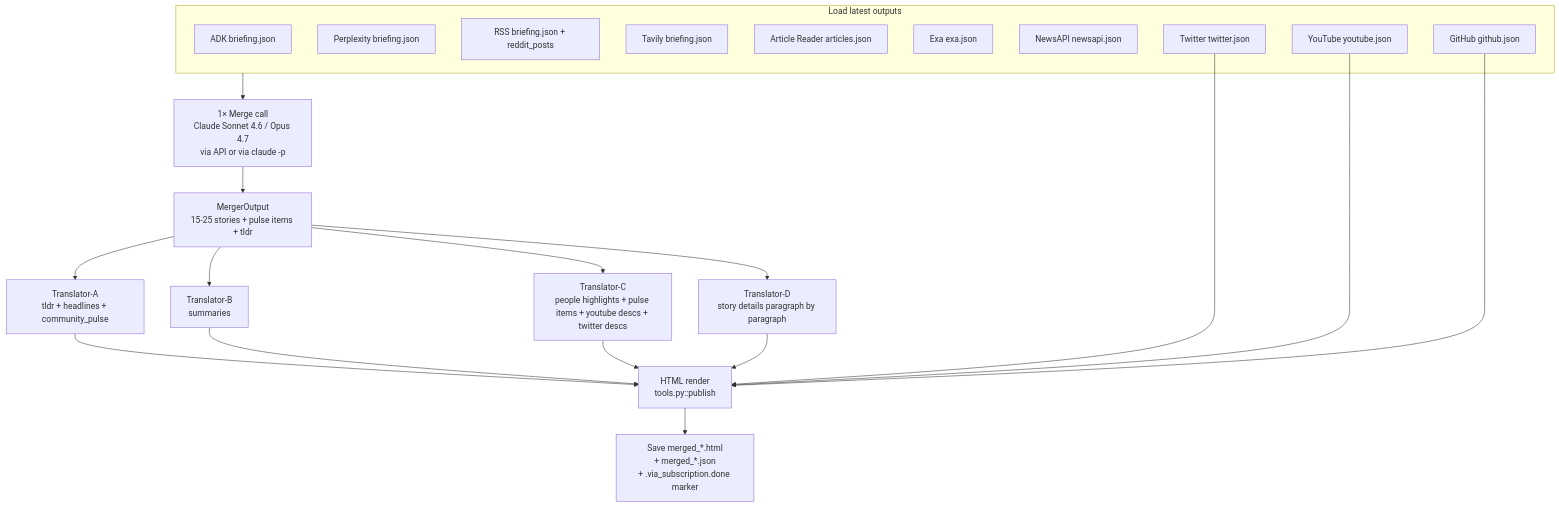
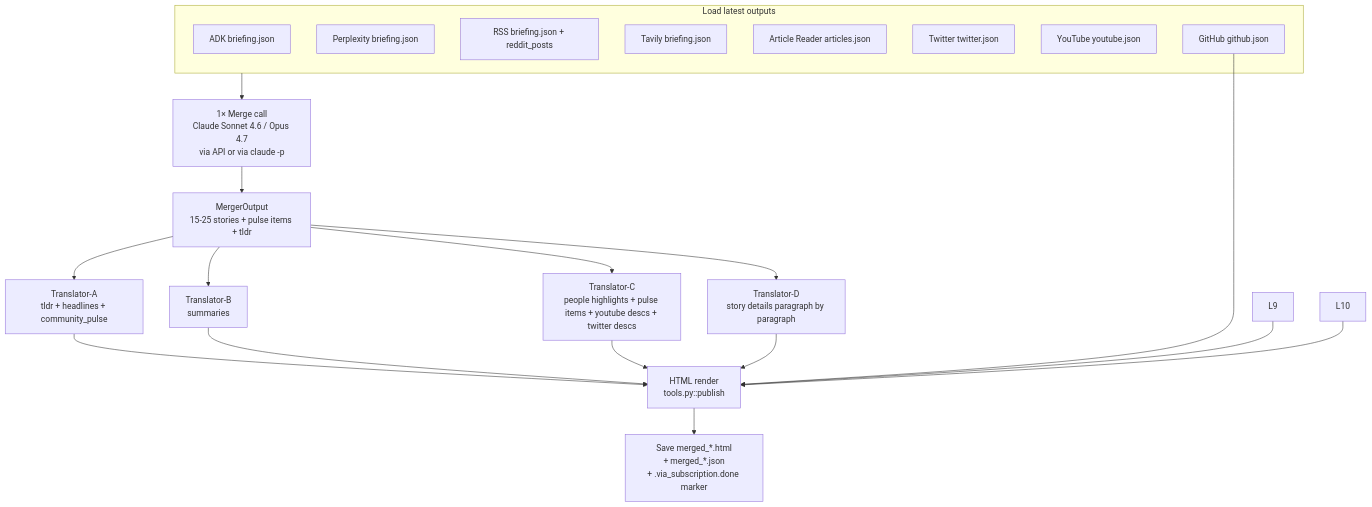
The diagram in docs/learn/15-merger.md (kobyal/ai-news-briefing), drawn with Mermaid before and after one commit. The commit also changed other lines of this file and 11 other files, not shown here.

````diff
--- a/docs/learn/15-merger.md
+++ b/docs/learn/15-merger.md
@@ -23,34 +23,32 @@
 ```mermaid
 flowchart TB
     subgraph load["Load latest outputs"]
         L1[ADK briefing.json]
         L2[Perplexity briefing.json]
         L3[RSS briefing.json + reddit_posts]
         L4[Tavily briefing.json]
         L5[Article Reader articles.json]
-        L6[Exa exa.json]
-        L7[NewsAPI newsapi.json]
-        L8[Twitter twitter.json]
-        L9[YouTube youtube.json]
-        L10[GitHub github.json]
+        L6[Twitter twitter.json]
+        L7[YouTube youtube.json]
+        L8[GitHub github.json]
     end
 
     load --> Merge[1× Merge call<br/>Claude Sonnet 4.6 / Opus 4.7<br/>via API or via claude -p]
 
     Merge --> Output[MergerOutput<br/>15-25 stories + pulse items + tldr]
 
     Output --> TA[Translator-A<br/>tldr + headlines + community_pulse]
     Output --> TB[Translator-B<br/>summaries]
     Output --> TC[Translator-C<br/>people highlights + pulse items + youtube descs + twitter descs]
     Output --> TD[Translator-D<br/>story details paragraph by paragraph]
 
     TA --> Render[HTML render<br/>tools.py::publish]
     TB --> Render
     TC --> Render
     TD --> Render
     L8 --> Render
     L9 --> Render
     L10 --> Render
 
     Render --> Save[Save merged_*.html<br/>+ merged_*.json<br/>+ .via_subscription.done marker]
 ```
````
